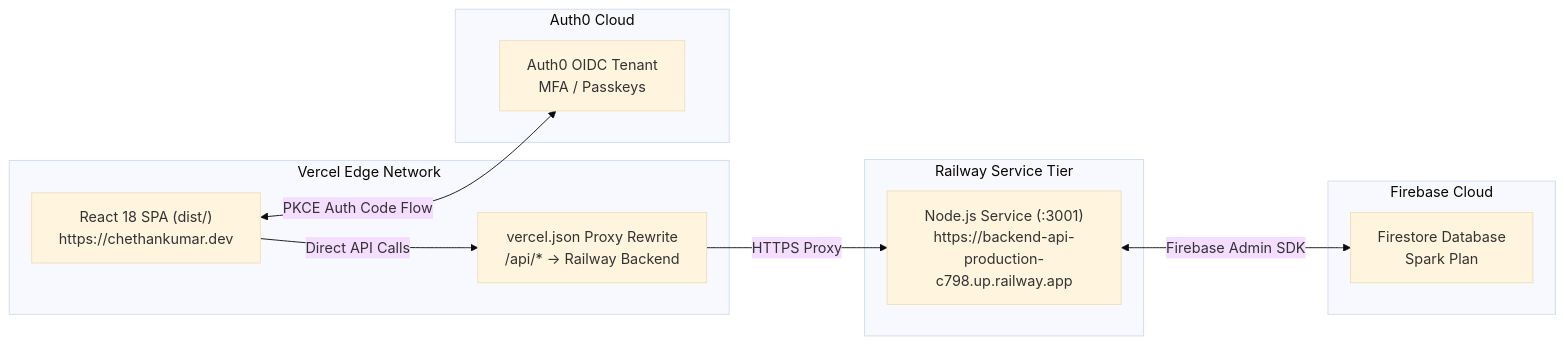
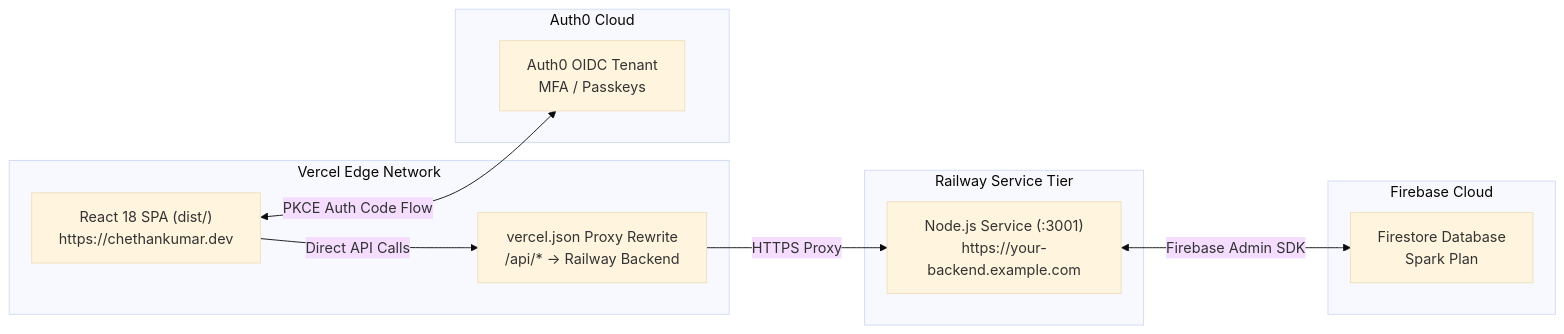
The diagram in docs/DEPLOYMENT.md (StratagemVX/myportfolio), drawn with Mermaid (base theme) before and after one commit. The commit also changed other lines of this file and 25 other files, not shown here.

````diff
--- a/docs/DEPLOYMENT.md
+++ b/docs/DEPLOYMENT.md
@@ -9,24 +9,24 @@
 ```mermaid
 flowchart LR
     subgraph VercelEdge ["Vercel Edge Network"]
         SPA["React 18 SPA (dist/)<br/>https://chethankumar.dev"]
         VercelRewrite["vercel.json Proxy Rewrite<br/>/api/* -> Railway Backend"]
     end
 
     subgraph RailwayCloud ["Railway Service Tier"]
-        BackendAPI["Node.js Service (:3001)<br/>https://backend-api-production-c798.up.railway.app"]
+        BackendAPI["Node.js Service (:3001)<br/>https://your-backend.example.com"]
     end
 
     subgraph DataTier ["Firebase Cloud"]
         Firestore["Firestore Database<br/>Spark Plan"]
     end
 
     subgraph AuthTier ["Auth0 Cloud"]
         Auth0Tenant["Auth0 OIDC Tenant<br/>MFA / Passkeys"]
     end
 
     SPA -->|Direct API Calls| VercelRewrite
     VercelRewrite -->|HTTPS Proxy| BackendAPI
     BackendAPI <-->|Firebase Admin SDK| Firestore
     SPA <-->|PKCE Auth Code Flow| Auth0Tenant
 ```
````
